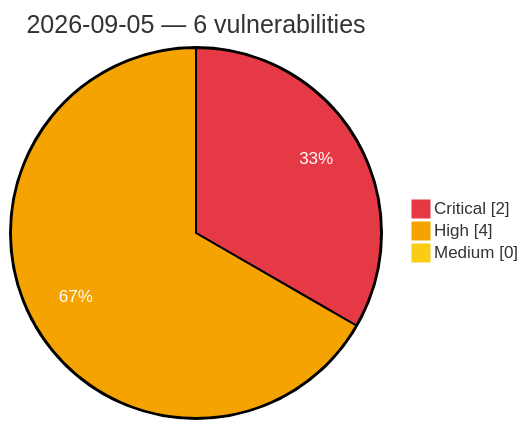
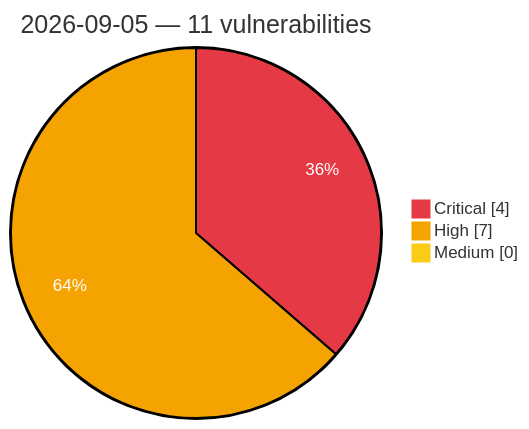
One commit to GhostX0X/vuln-tracker changed the diagram in vulnerabilities/2026/September/2026-09-05.md. Above: the diagram before and after it, drawn with Mermaid. The commit also changed other lines of this file and 5 other files, not shown here.

Commit message:
Auto update: critical/high vulns (2026-09-05 08:30 UTC)

````diff
--- a/vulnerabilities/2026/September/2026-09-05.md
+++ b/vulnerabilities/2026/September/2026-09-05.md
@@ -3,8 +3,8 @@
 ```mermaid
 %%{init: {'theme':'base', 'themeVariables': {'pie1':'#e63946', 'pie2':'#f4a300', 'pie3':'#facc15', 'pieOpacity':'1', 'pieOuterStrokeWidth':'2px', 'pieSectionTextColor':'#ffffff'}}}%%
 pie showData
-    title 2026-09-05 — 6 vulnerabilities
-    "Critical" : 2
-    "High" : 4
+    title 2026-09-05 — 11 vulnerabilities
+    "Critical" : 4
+    "High" : 7
     "Medium" : 0
 ```
````
